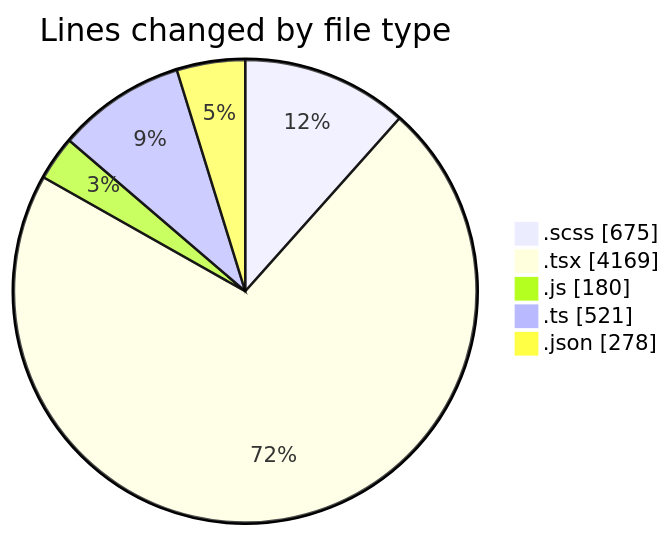
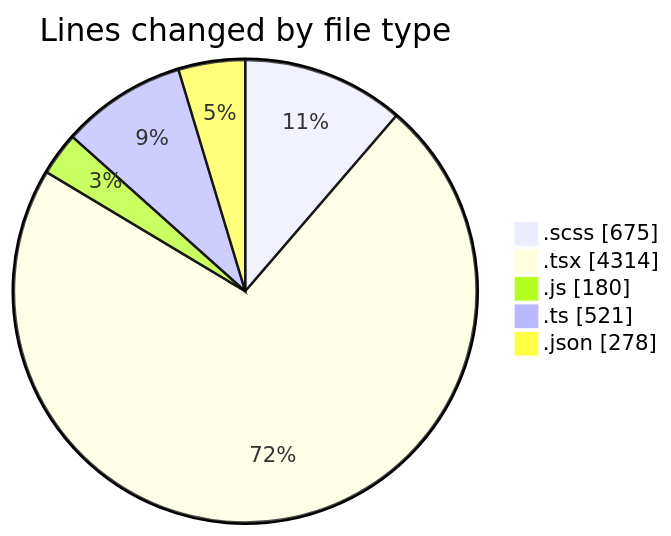
One commit to momahboobian/code-tracking changed the first of 2 diagrams in 2026-08-10/cda/README.md. Above: the diagram before and after it, drawn with Mermaid. The commit also changed other lines of this file and 1 other file, not shown here.

````diff
--- a/2026-08-10/cda/README.md
+++ b/2026-08-10/cda/README.md
@@ -32,9 +33,9 @@
 ```mermaid
 pie showData
 title Lines changed by file type
 ".scss" : 675
-".tsx" : 4169
+".tsx" : 4314
 ".js" : 180
 ".ts" : 521
 ".json" : 278
 ```
````
